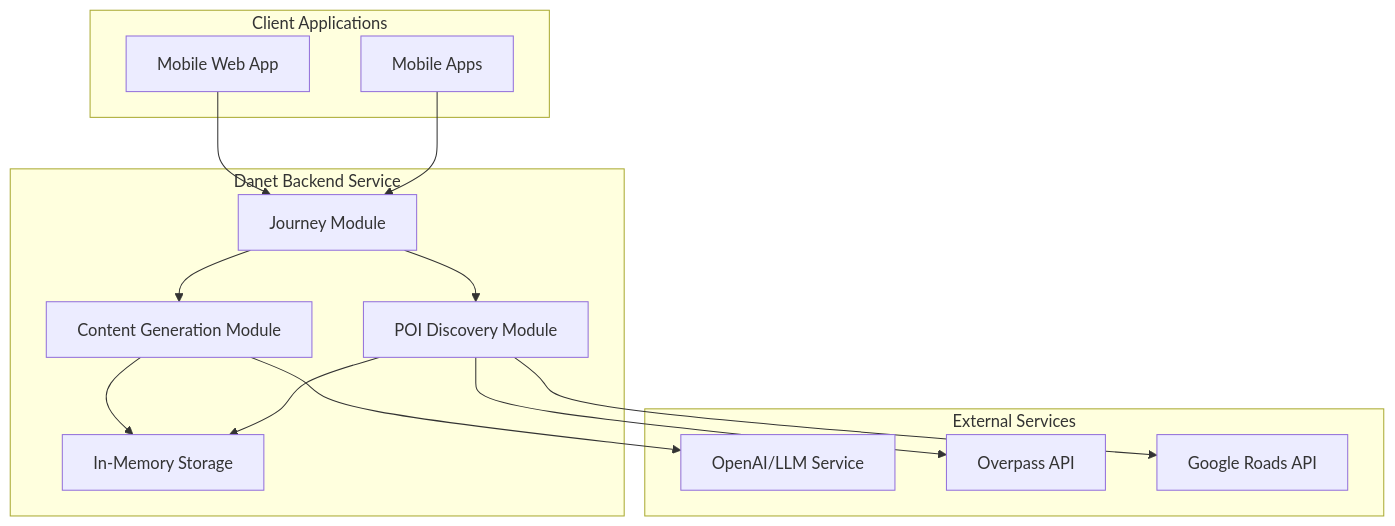
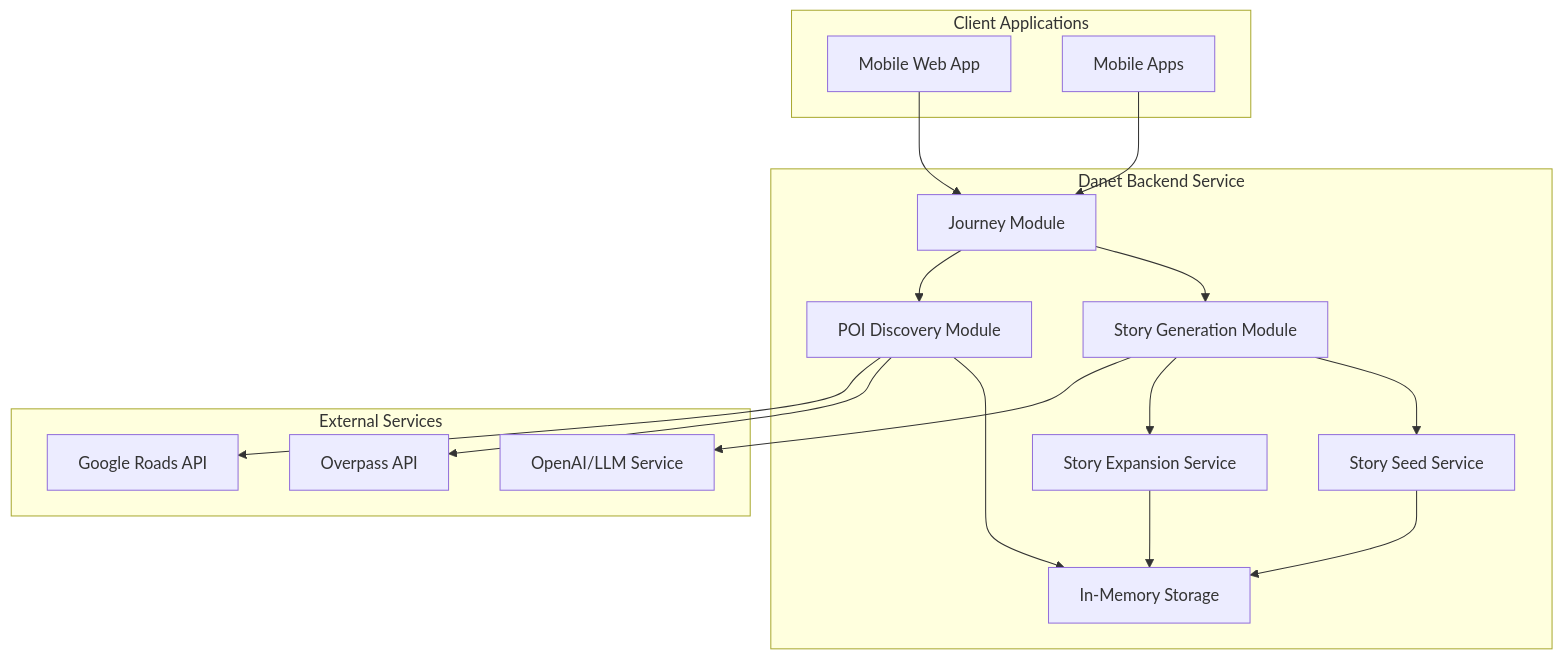
The first of 2 diagrams in .kiro/specs/01-backend-provisional-mvp/design.md (acjay/jabberjaw), drawn with Mermaid before and after one commit. The commit also changed other lines of this file and 61 other files, not shown here.

Commit message:
refactor: move to journey/story terminology

````diff
--- a/.kiro/specs/01-backend-provisional-mvp/design.md
+++ b/.kiro/specs/01-backend-provisional-mvp/design.md
@@ -21,31 +21,36 @@
 ```mermaid
 graph TB
     subgraph "Client Applications"
         WEB[Mobile Web App]
         MOBILE[Mobile Apps]
     end
 
     subgraph "Danet Backend Service"
         JOURNEY[Journey Module]
-        CONTENT[Content Generation Module]
+        STORY[Story Generation Module]
         POI[POI Discovery Module]
         STORAGE[In-Memory Storage]
+        SEED[Story Seed Service]
+        EXPANSION[Story Expansion Service]
 
-        JOURNEY --> CONTENT
+        JOURNEY --> STORY
         JOURNEY --> POI
-        CONTENT --> STORAGE
+        STORY --> SEED
+        STORY --> EXPANSION
+        SEED --> STORAGE
+        EXPANSION --> STORAGE
         POI --> STORAGE
     end
 
     subgraph "External Services"
         LLM[OpenAI/LLM Service]
         OVERPASS[Overpass API]
         GOOGLE[Google Roads API]
     end
 
     WEB --> JOURNEY
     MOBILE --> JOURNEY
-    CONTENT --> LLM
+    STORY --> LLM
     POI --> OVERPASS
     POI --> GOOGLE
 ```
````
